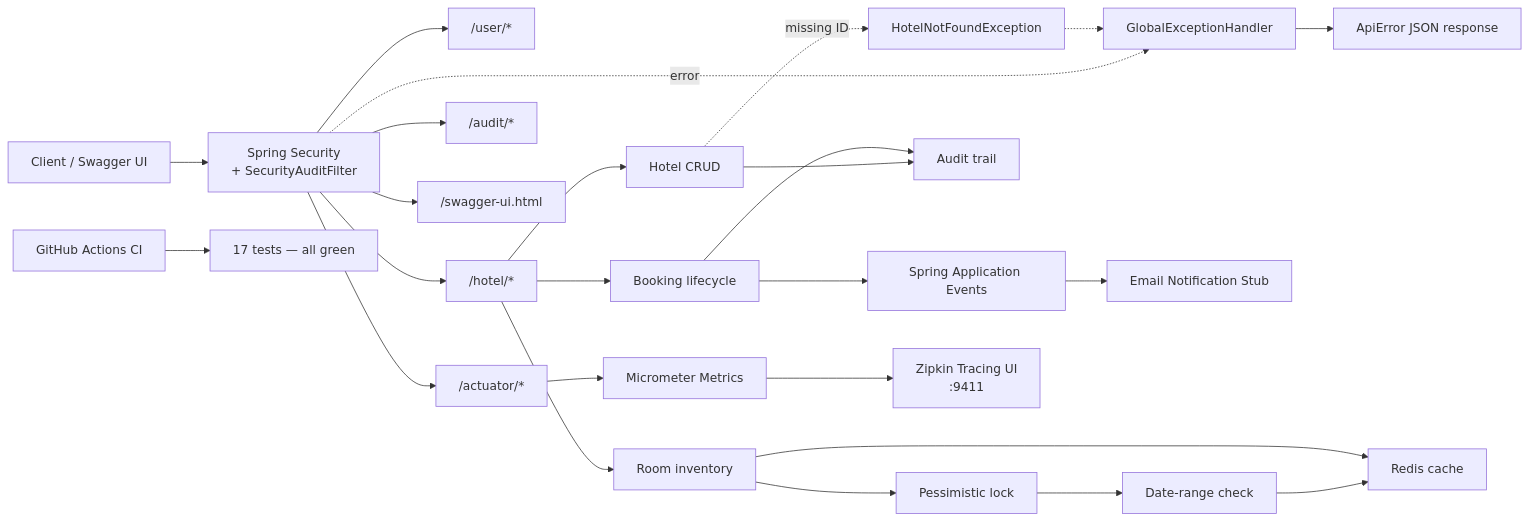
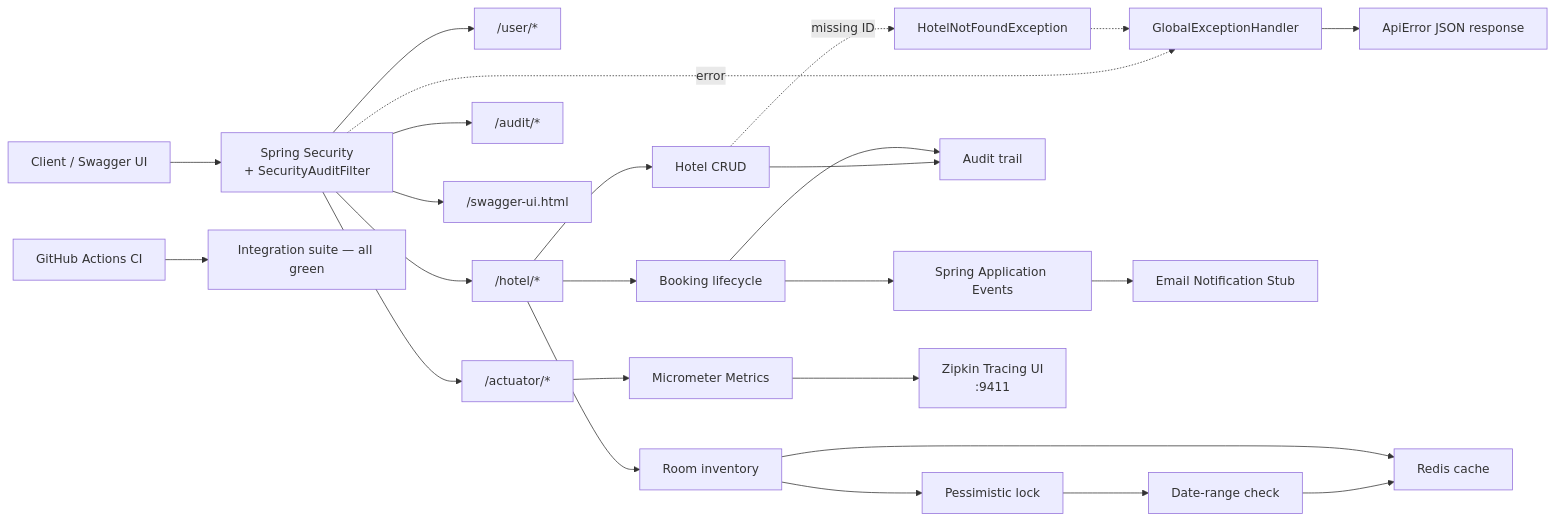
One commit to byte2code/hotel-management-api changed the third of 4 diagrams in README.md. Above: the diagram before and after it, drawn with Mermaid. The commit also changed other lines of this file and 7 other files, not shown here.

````diff
--- a/README.md
+++ b/README.md
@@ -390,34 +403,34 @@
 ```mermaid
 flowchart LR
     Client["Client / Swagger UI"] --> Security["Spring Security\n+ SecurityAuditFilter"]
     Security --> UserAPI["/user/*"]
     Security --> HotelAPI["/hotel/*"]
     Security --> AuditAPI["/audit/*"]
     Security --> SwaggerUI["/swagger-ui.html"]
     Security --> Actuator["/actuator/*"]
 
     HotelAPI --> Hotels["Hotel CRUD"]
     HotelAPI --> Rooms["Room inventory"]
     HotelAPI --> Bookings["Booking lifecycle"]
 
     Rooms --> Cache["Redis cache"]
     Rooms --> LockedRoom["Pessimistic lock"]
     LockedRoom --> Availability["Date-range check"]
     Availability --> Cache
 
     Bookings --> Events["Spring Application Events"]
     Events --> NotifyStub["Email Notification Stub"]
 
     Bookings --> AuditTrail["Audit trail"]
     Hotels --> AuditTrail
 
     Hotels -.->|missing ID| CustomEx["HotelNotFoundException"]
     CustomEx -.-> ExHandler
     Security -.->|error| ExHandler["GlobalExceptionHandler"]
     ExHandler --> ErrorJSON["ApiError JSON response"]
 
     Actuator --> Metrics["Micrometer Metrics"]
     Metrics --> Zipkin["Zipkin Tracing UI\n:9411"]
 
-    CI["GitHub Actions CI"] --> Tests["17 tests — all green"]
+    CI["GitHub Actions CI"] --> Tests["Integration suite — all green"]
 ```
````
